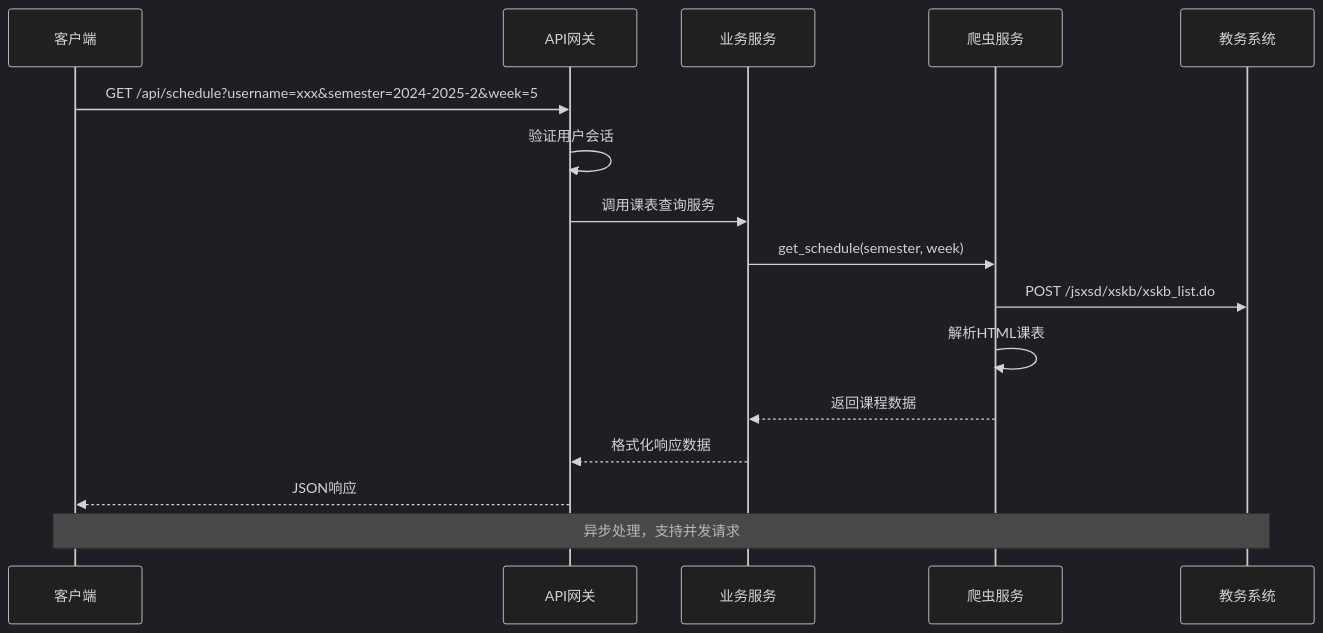
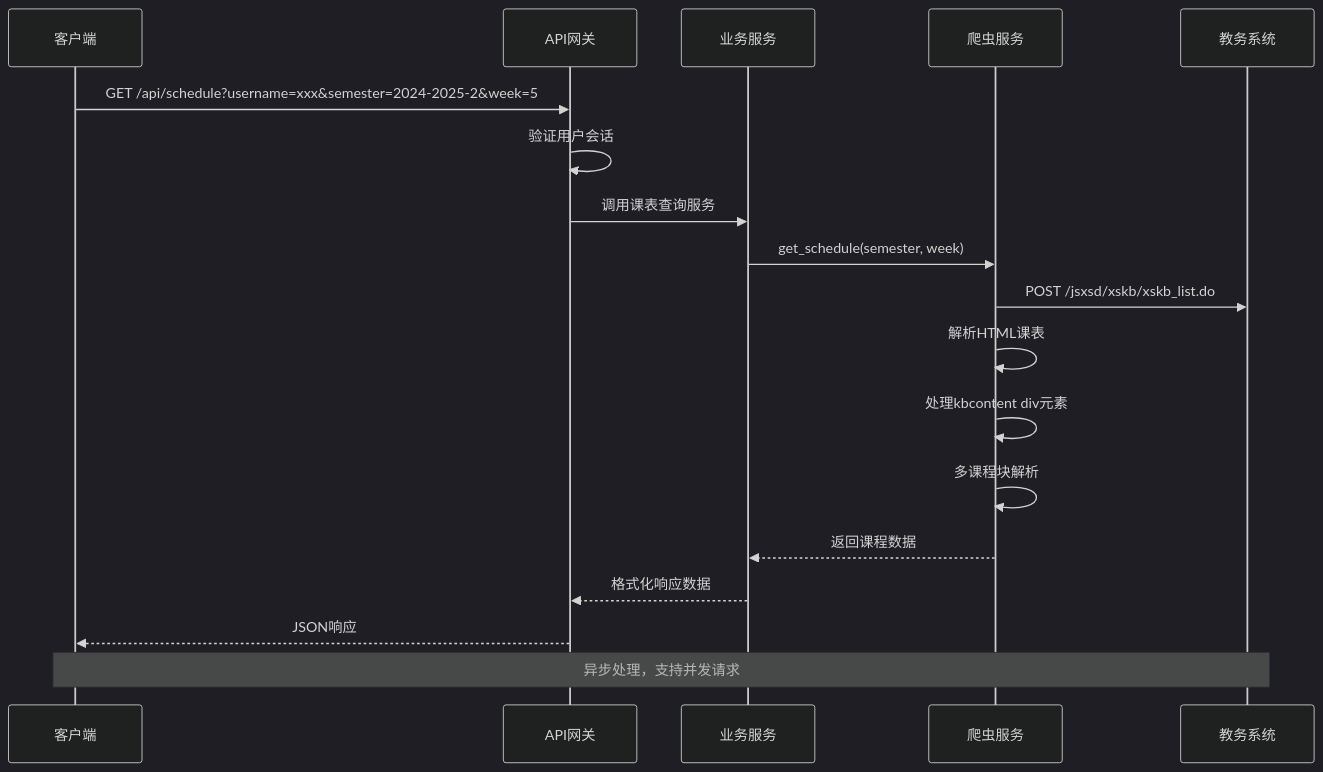
The second of 11 diagrams in .qoder/repowiki/zh/content/后端API文档/学术数据查询API/课表查询API.md (ghbbn053-ship-itsoulddog/soulddog), drawn with Mermaid (dark theme) before and after one commit. The commit also changed other lines of this file and 12 other files, not shown here.

````diff
--- a/.qoder/repowiki/zh/content/后端API文档/学术数据查询API/课表查询API.md
+++ b/.qoder/repowiki/zh/content/后端API文档/学术数据查询API/课表查询API.md
@@ -115,18 +113,20 @@
 ```mermaid
 sequenceDiagram
 participant Client as 客户端
 participant API as API网关
 participant Service as 业务服务
 participant Scraper as 爬虫服务
 participant JWXT as 教务系统
 Client->>API : GET /api/schedule?username=xxx&semester=2024-2025-2&week=5
 API->>API : 验证用户会话
 API->>Service : 调用课表查询服务
 Service->>Scraper : get_schedule(semester, week)
 Scraper->>JWXT : POST /jsxsd/xskb/xskb_list.do
 Scraper->>Scraper : 解析HTML课表
+Scraper->>Scraper : 处理kbcontent div元素
+Scraper->>Scraper : 多课程块解析
 Scraper-->>Service : 返回课程数据
 Service-->>API : 格式化响应数据
 API-->>Client : JSON响应
 Note over Client,JWXT : 异步处理，支持并发请求
 ```
````
